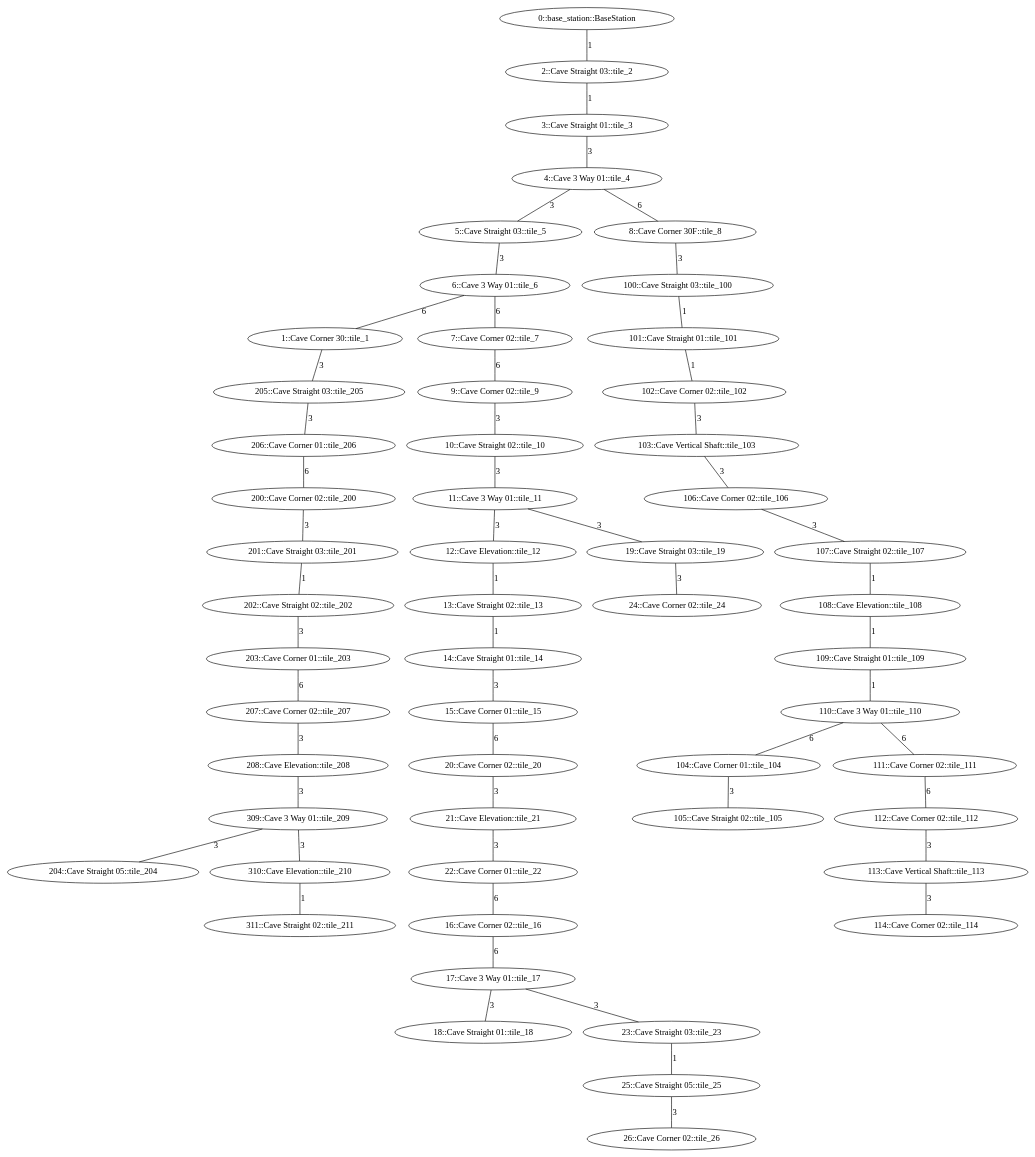
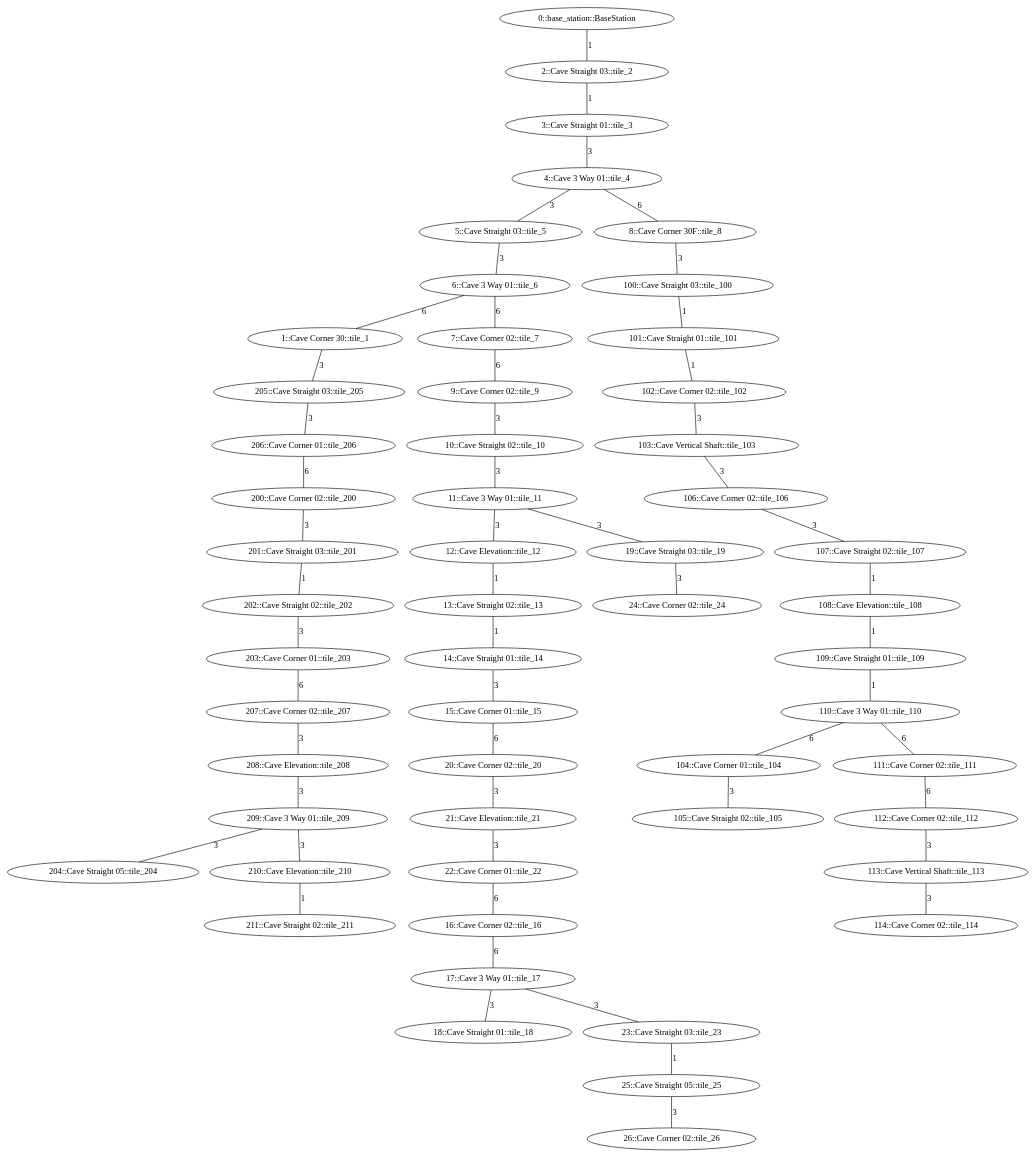
The diagram in subt_ign/worlds/simple_cave_03.dot (osrf/subt), drawn with Graphviz before and after one commit.

Commit message:
fix simple cave 03 dot file

```diff
--- a/subt_ign/worlds/simple_cave_03.dot
+++ b/subt_ign/worlds/simple_cave_03.dot
@@ -1,127 +1,127 @@
 /* Visibility graph for simple_cave_03 */
 /* Generated with the generator.py script: */
 /*   __main__.py simple_cave_03.tsv -\-graph-file simple_cave_03.dot -\-world-file simple_cave_03.sdf -\-world-name simple_cave_03 -\-scale_x 25 -\-scale_y 25 -\-cave -\-y0 25 -\-x0 0 -\-z0 0 -\-level_type row_col -\-levels_buf 5 */
 
 graph {
   /* ==== Vertices ==== */
 
   /* Base station / Staging area */
   0   [label="0::base_station::BaseStation"];
 
   1   [label="1::Cave Corner 30::tile_1"];
   2   [label="2::Cave Straight 03::tile_2"];
   3   [label="3::Cave Straight 01::tile_3"];
   4   [label="4::Cave 3 Way 01::tile_4"];
   5   [label="5::Cave Straight 03::tile_5"];
   6   [label="6::Cave 3 Way 01::tile_6"];
   7   [label="7::Cave Corner 02::tile_7"];
   8   [label="8::Cave Corner 30F::tile_8"];
   9   [label="9::Cave Corner 02::tile_9"];
   10  [label="10::Cave Straight 02::tile_10"];
   11  [label="11::Cave 3 Way 01::tile_11"];
   12  [label="12::Cave Elevation::tile_12"];
   13  [label="13::Cave Straight 02::tile_13"];
   14  [label="14::Cave Straight 01::tile_14"];
   15  [label="15::Cave Corner 01::tile_15"];
   16  [label="16::Cave Corner 02::tile_16"];
   17  [label="17::Cave 3 Way 01::tile_17"];
   18  [label="18::Cave Straight 01::tile_18"];
   19  [label="19::Cave Straight 03::tile_19"];
   20  [label="20::Cave Corner 02::tile_20"];
   21  [label="21::Cave Elevation::tile_21"];
   22  [label="22::Cave Corner 01::tile_22"];
   23  [label="23::Cave Straight 03::tile_23"];
   24  [label="24::Cave Corner 02::tile_24"];
   25  [label="25::Cave Straight 05::tile_25"];
   26  [label="26::Cave Corner 02::tile_26"];
 
   100   [label="100::Cave Straight 03::tile_100"];
   101   [label="101::Cave Straight 01::tile_101"];
   102   [label="102::Cave Corner 02::tile_102"];
   103   [label="103::Cave Vertical Shaft::tile_103"];
   104   [label="104::Cave Corner 01::tile_104"];
   105   [label="105::Cave Straight 02::tile_105"];
   106   [label="106::Cave Corner 02::tile_106"];
   107   [label="107::Cave Straight 02::tile_107"];
   108   [label="108::Cave Elevation::tile_108"];
   109  [label="109::Cave Straight 01::tile_109"];
   110  [label="110::Cave 3 Way 01::tile_110"];
   111  [label="111::Cave Corner 02::tile_111"];
   112  [label="112::Cave Corner 02::tile_112"];
   113  [label="113::Cave Vertical Shaft::tile_113"];
   114  [label="114::Cave Corner 02::tile_114"];
 
   200   [label="200::Cave Corner 02::tile_200"];
   201   [label="201::Cave Straight 03::tile_201"];
   202   [label="202::Cave Straight 02::tile_202"];
   203   [label="203::Cave Corner 01::tile_203"];
   204   [label="204::Cave Straight 05::tile_204"];
   205   [label="205::Cave Straight 03::tile_205"];
   206   [label="206::Cave Corner 01::tile_206"];
   207   [label="207::Cave Corner 02::tile_207"];
   208   [label="208::Cave Elevation::tile_208"];
-  209  [label="309::Cave 3 Way 01::tile_209"];
-  210  [label="310::Cave Elevation::tile_210"];
-  211  [label="311::Cave Straight 02::tile_211"];
+  209  [label="209::Cave 3 Way 01::tile_209"];
+  210  [label="210::Cave Elevation::tile_210"];
+  211  [label="211::Cave Straight 02::tile_211"];
 
 
   /* ==== Edges ==== */
 
   /* Base station */
   0  -- 2   [label=1];
   2  -- 3   [label=1];
   3  -- 4   [label=3];  /* Intersection */
   4  -- 5   [label=3];  /* Intersection */
   4  -- 8   [label=6];  /* Intersection */
   5  -- 6   [label=3];  /* Intersection */
   6  -- 7   [label=6];  /* Intersection */
   7  -- 9   [label=6];
   9  -- 10  [label=3];
   10 -- 11  [label=3];  /* Intersection */
   11 -- 12  [label=3];  /* Intersection */
   11 -- 19  [label=3];  /* Intersection */
   12 -- 13  [label=1];
   13 -- 14  [label=1];
   14 -- 15  [label=3];
   15 -- 20  [label=6];
   19 -- 24  [label=3];
   20 -- 21  [label=3];
   21 -- 22  [label=3];
   22 -- 16  [label=6];
   16 -- 17  [label=6];
   17 -- 18  [label=3];
   17 -- 23  [label=3];
   23 -- 25  [label=1];
   25 -- 26  [label=3];
 
   8  -- 100   [label=3];
   100  -- 101   [label=1];
   101  -- 102   [label=1];
   102  -- 103   [label=3];
   103  -- 106   [label=3];
   106  -- 107   [label=3];
   107  -- 108   [label=1];
   108  -- 109   [label=1];
   109  -- 110  [label=1];
   110 -- 111  [label=6];  /* Intersection */
   111 -- 112  [label=6];  /* Intersection */
   112 -- 113  [label=3];
   113 -- 114  [label=3];
   110 -- 104  [label=6];  /* Intersection */
   104 -- 105  [label=3];  /* Intersection */
 
   6  -- 1   [label=6];
   1  -- 205   [label=3];
   205  -- 206   [label=3];
   206  -- 200   [label=6];
   200  -- 201   [label=3];
   201  -- 202   [label=1];
   202  -- 203   [label=3];
   203  -- 207   [label=6];
   207  -- 208   [label=3];
   208  -- 209   [label=3];
   209  -- 204   [label=3];
   209  -- 210   [label=3];
   210  -- 211   [label=1];
 
 }
```
